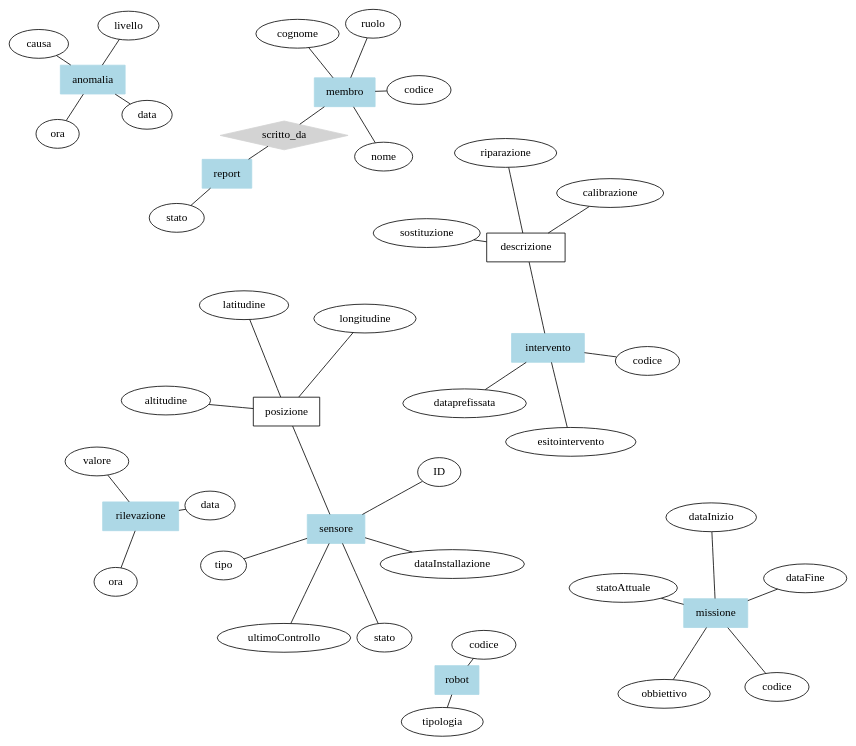
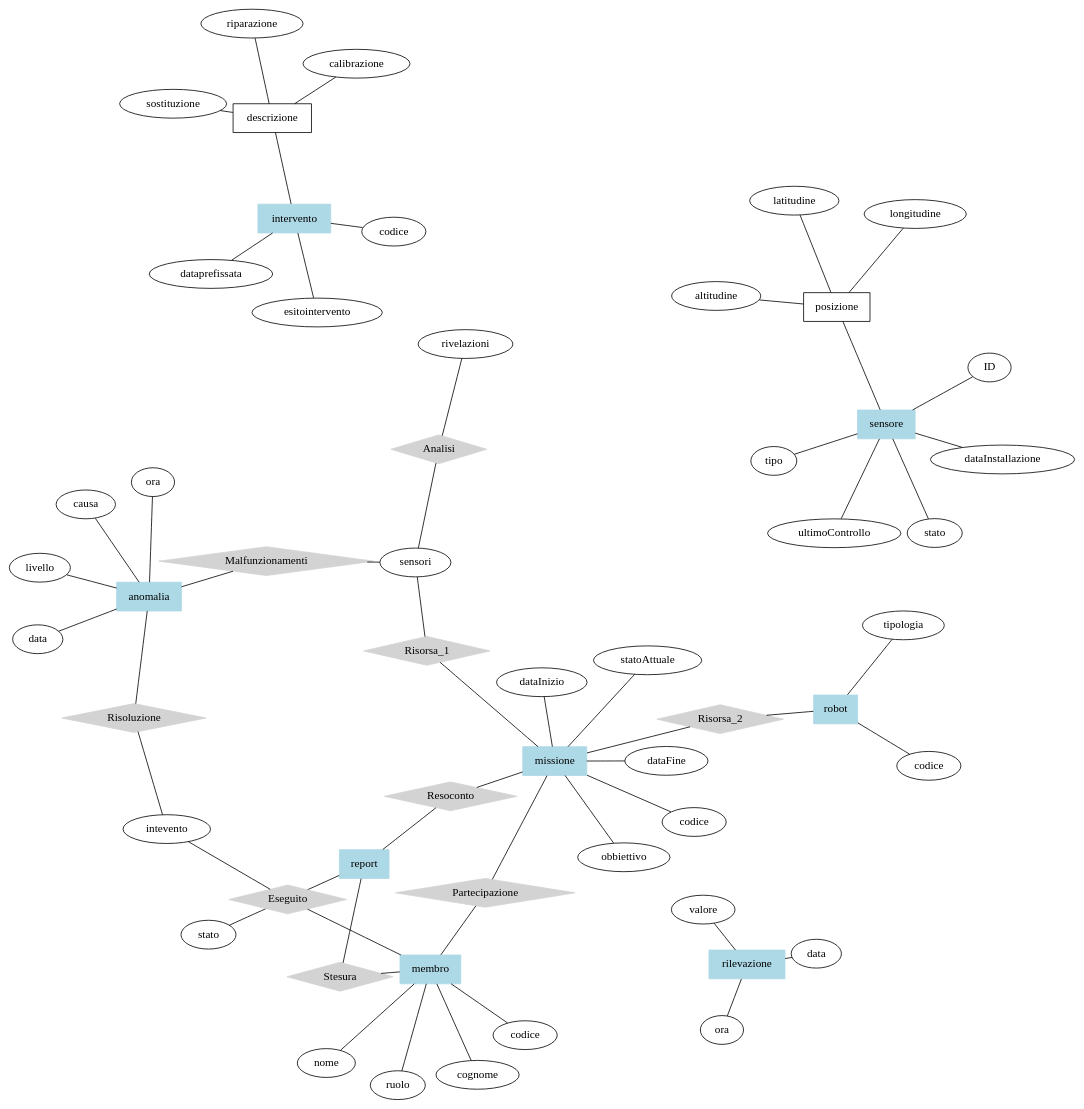
The diagram in Modello-ER.dot (Air4x/Progetto-2024-25-DB), drawn with Graphviz before and after one commit.

Commit message:
Aggiunte tutte le relazione ma senza cardinalità

```diff
--- a/Modello-ER.dot
+++ b/Modello-ER.dot
@@ -1,90 +1,114 @@
 graph ER {
     layout=neato;
     overlap=false;
     // Entità
     /// Missione
     missione[shape="box", style=filled, color="lightblue"];
     missione_codice[label="codice"];
     missione_obbiettivo[label="obbiettivo"];
     missione_statoattuale[label="statoAttuale"];
     missione_dataFine[label="dataFine"];
     missione_dataInizio[label="dataInizio"];
     missione -- missione_codice;
     missione -- missione_obbiettivo;
     missione -- missione_statoattuale;
     missione -- missione_dataFine;
     missione -- missione_dataInizio;
     /// Membri dell'Equipaggio
     membro[shape="box", style=filled, color="lightblue"];
     membro_codice[label="codice"];
     membro_nome[label="nome"];
     membro_cognome[label="cognome"];
     membro_ruolo[label="ruolo"];
     membro -- membro_codice;
     membro -- membro_nome;
     membro -- membro_cognome;
     membro -- membro_ruolo;
     /// Sensori
     sensore[shape="box", style=filled, color="lightblue"];
     sensore_ID[label="ID"];
     sensore_posizione[shape="box", label="posizione"];
     sensore_pos_latitudine[label="latitudine"];
     sensore_pos_longitudine[label="longitudine"];
     sensore_pos_altitudine[label="altitudine"];
     sensore_tipo[label="tipo"];
     sensore_dataInstallazione[label="dataInstallazione"];
     sensore_ultimoControllo[label="ultimoControllo"];
     sensore_stato[label="stato"];
     sensore -- sensore_ID;
     sensore -- sensore_posizione;
     sensore_posizione -- sensore_pos_latitudine;
     sensore_pos_longitudine -- sensore_posizione -- sensore_pos_altitudine;
     sensore -- sensore_tipo;
     sensore -- sensore_dataInstallazione;
     sensore -- sensore_ultimoControllo;
     sensore -- sensore_stato;
     /// Robot
     robot[shape="box", style=filled, color="lightblue"];
     robot_codice[label="codice"];
     robot_tipo[label="tipologia"];
     robot_codice -- robot -- robot_tipo;
     /// Rilevazione
     rilevazione[shape="box", style=filled, color="lightblue"];
     rilevazione_data[label="data"];
     rilevazione_ora[label="ora"];
     rilevazione_valore[label="valore"];
     rilevazione_data -- rilevazione -- rilevazione_ora;
     rilevazione -- rilevazione_valore;
     /// Anomalia
     anomalia[shape="box", style=filled, color="lightblue"];
     anomalia_data[label="data"];
     anomalia_ora[label="ora"];
     anomalia_causa[label="causa"];
     anomalia_livello[label="livello"];
     anomalia_data -- anomalia -- anomalia_ora;
     anomalia_causa -- anomalia -- anomalia_livello;
     /// Intervento
     intervento[shape="box", style=filled, color="lightblue"];
     intervento_codice[label="codice"];
     intervento_descrizione[shape="box", label="descrizione"];
     intervento_descrizione_riparazione[label="riparazione"];
     intervento_descrizione_calibrazione[label="calibrazione"];
     intervento_descrizione_sostituzione[label="sostituzione"];
     intervento_dataprefissata[label="dataprefissata"];
     intervento_esitointervento[label="esitointervento"];
     intervento -- intervento_codice;
     intervento -- intervento_descrizione;
     intervento_descrizione_riparazione -- intervento_descrizione -- intervento_descrizione_calibrazione;
     intervento_descrizione_sostituzione -- intervento_descrizione;
     intervento -- intervento_esitointervento;
     intervento -- intervento_dataprefissata;
     /// Report
     report[shape="box", style=filled, color="lightblue"];
     report_statomissione[label="stato"];
     report -- report_statomissione;
     // Relazioni
-    /// scritto da
-    scritto_da[shape="diamond", style=filled, color="lightgray"];
-    report -- scritto_da -- membro;
+    /// Resoconto [missione (1,N) - report (1,1)]
+    Resoconto[shape="diamond", style=filled, color="lightgray"];
+    missione -- Resoconto -- report;
+    ///Stesura [membro (1,N) - report (1,N)]
+    Stesura[shape="diamond", style=filled, color="lightgray"];
+    membro -- Stesura -- report;
+    ///Partecipazione [missione (1,N) - membro (1,N)]
+    Partecipazione[shape="diamond", style=filled, color="lightgray"];
+    missione -- Partecipazione -- membro;
+    ///Eseguito [intevento (1,N) - membro (0,N)]
+    Eseguito[shape="diamond", style=filled, color="lightgray"];
+    intevento -- Eseguito -- membro;
+    ///Risorsa_1 [missione (1,N) - sensori (1,N)]
+    Risorsa_1[shape="diamond", style=filled, color="lightgray"];
+    missione -- Risorsa_1 -- sensori;
+    ///Risorsa_2 [missione (1,N) - robot (1,N)]
+    Risorsa_2[shape="diamond", style=filled, color="lightgray"];
+    missione -- Risorsa_2 -- robot;
+    ///Analisi [sensori (1,N) - rivelazioni (1,1)]
+    Analisi[shape="diamond", style=filled, color="lightgray"];
+    sensori -- Analisi -- rivelazioni;
+    ///Malfunzionamenti [sensori (1,N) - anomalia (0,1)]
+    Malfunzionamenti[shape="diamond", style=filled, color="lightgray"];
+    sensori -- Malfunzionamenti -- anomalia;
+    ///Risoluzione [anomalia (1,1) - intevento (1,N,)]
+    Risoluzione[shape="diamond", style=filled, color="lightgray"];
+    anomalia -- Risoluzione -- intevento;
     // Varie ed Eventuali
 }
```
